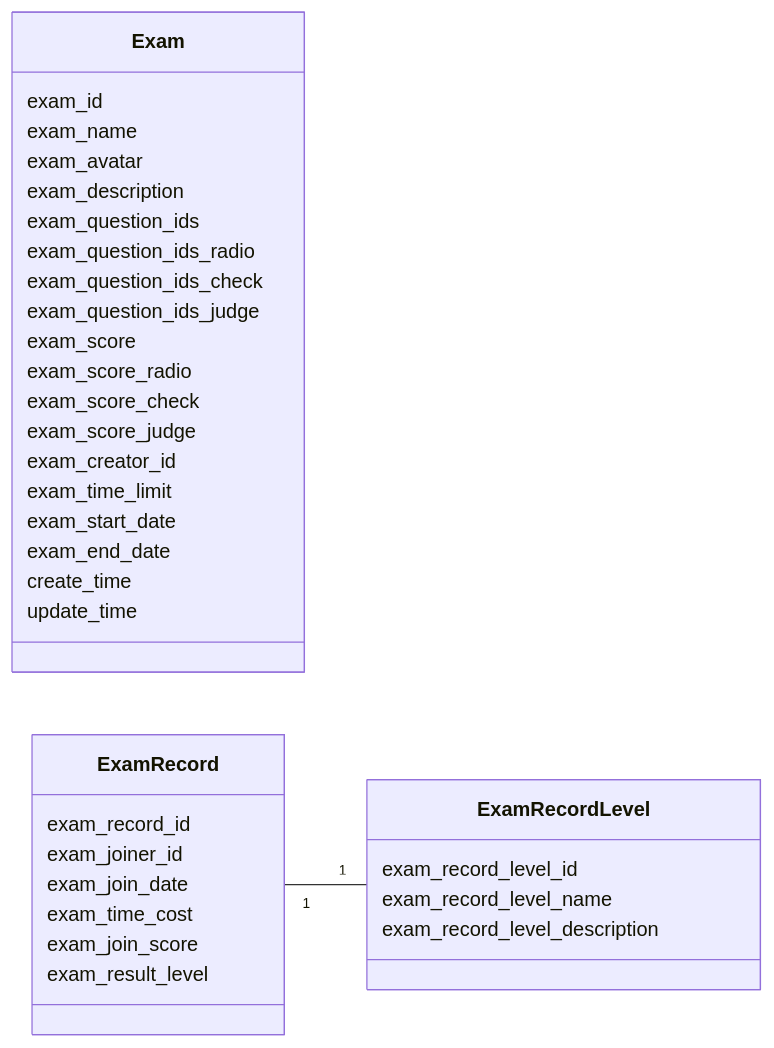
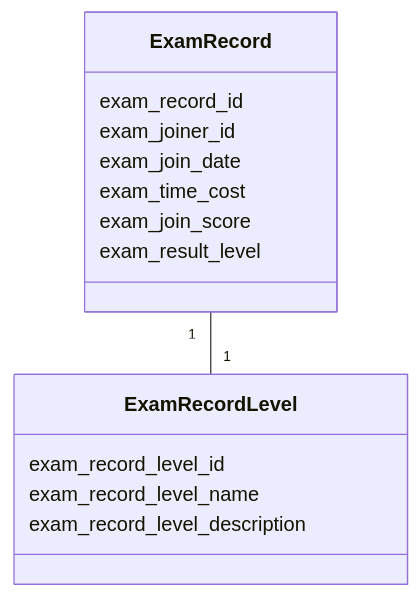
One commit to HBY-STAR/2024_Spring_CloudNative_Lab changed the eighth of 17 diagrams in docs_hby/lab3-task2-group-8.md. Above: the diagram before and after it, drawn with Mermaid. The commit also changed other lines of this file and 1 other file, not shown here.

````diff
--- a/docs_hby/lab3-task2-group-8.md
+++ b/docs_hby/lab3-task2-group-8.md
@@ -247,40 +285,18 @@
 ```mermaid
 classDiagram
-  direction LR
-    class Exam {
-        exam_id
-        exam_name
-        exam_avatar
-        exam_description
-        exam_question_ids
-        exam_question_ids_radio
-        exam_question_ids_check
-        exam_question_ids_judge
-        exam_score
-        exam_score_radio
-        exam_score_check
-        exam_score_judge
-        exam_creator_id
-        exam_time_limit
-        exam_start_date
-        exam_end_date
-        create_time
-        update_time
-        }
-    class ExamRecord {
-        exam_record_id
-        exam_joiner_id
-        exam_join_date
-        exam_time_cost
-        exam_join_score
-        exam_result_level
-    }
-    class ExamRecordLevel {
-        exam_record_level_id
-        exam_record_level_name
-        exam_record_level_description
-    }
-    
-     ExamRecord "1" -- "1" ExamRecordLevel
+  class ExamRecord {
+    exam_record_id
+    exam_joiner_id
+    exam_join_date
+    exam_time_cost
+    exam_join_score
+    exam_result_level
+  }
+  class ExamRecordLevel {
+    exam_record_level_id
+    exam_record_level_name
+    exam_record_level_description
+  }
 
+  ExamRecord "1" -- "1" ExamRecordLevel
 ```
````
